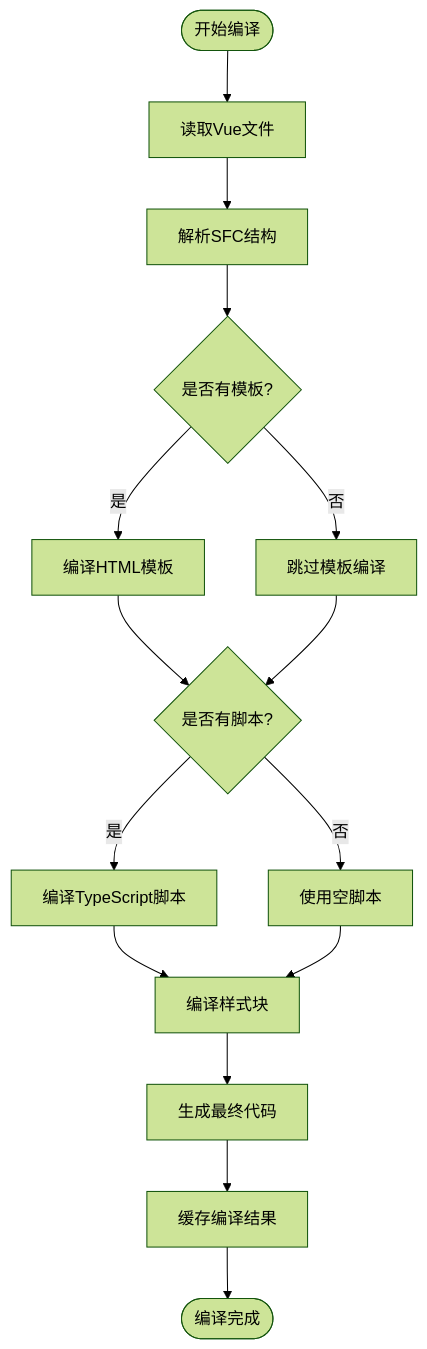
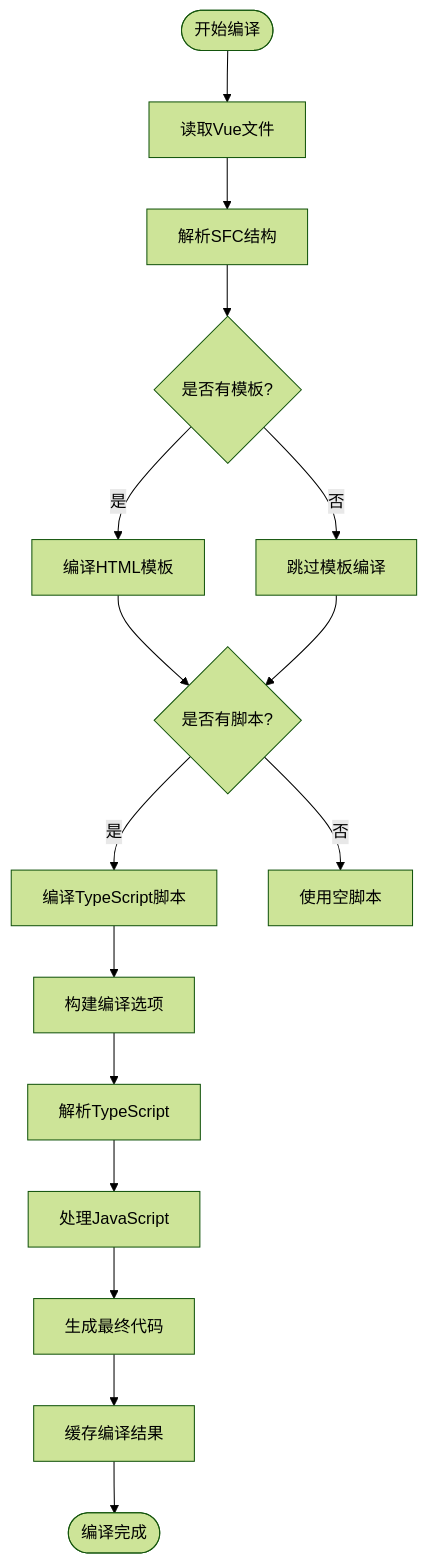
One commit to itszzl-sudo/iris changed the fifth of 7 diagrams in .qoder/repowiki/zh/content/项目概述/技术架构总览/SWC62集成完成报告.md. Above: the diagram before and after it, drawn with Mermaid (forest theme). The commit also changed other lines of this file and 6 other files, not shown here.

````diff
--- a/.qoder/repowiki/zh/content/项目概述/技术架构总览/SWC62集成完成报告.md
+++ b/.qoder/repowiki/zh/content/项目概述/技术架构总览/SWC62集成完成报告.md
@@ -206,17 +217,18 @@
 ```mermaid
 flowchart TD
 Start([开始编译]) --> ReadFile["读取Vue文件"]
 ReadFile --> ParseSFC["解析SFC结构"]
 ParseSFC --> CheckTemplate{"是否有模板?"}
 CheckTemplate --> |是| CompileTemplate["编译HTML模板"]
 CheckTemplate --> |否| SkipTemplate["跳过模板编译"]
 CompileTemplate --> CheckScript{"是否有脚本?"}
 SkipTemplate --> CheckScript
 CheckScript --> |是| CompileScript["编译TypeScript脚本"]
 CheckScript --> |否| SkipScript["使用空脚本"]
-CompileScript --> CompileStyles["编译样式块"]
-SkipScript --> CompileStyles
-CompileStyles --> GenerateCode["生成最终代码"]
+CompileScript --> BuildOptions["构建编译选项"]
+BuildOptions --> ParseTS["解析TypeScript"]
+ParseTS --> ProcessJS["处理JavaScript"]
+ProcessJS --> GenerateCode["生成最终代码"]
 GenerateCode --> CacheResult["缓存编译结果"]
 CacheResult --> End([编译完成])
 ```
````
